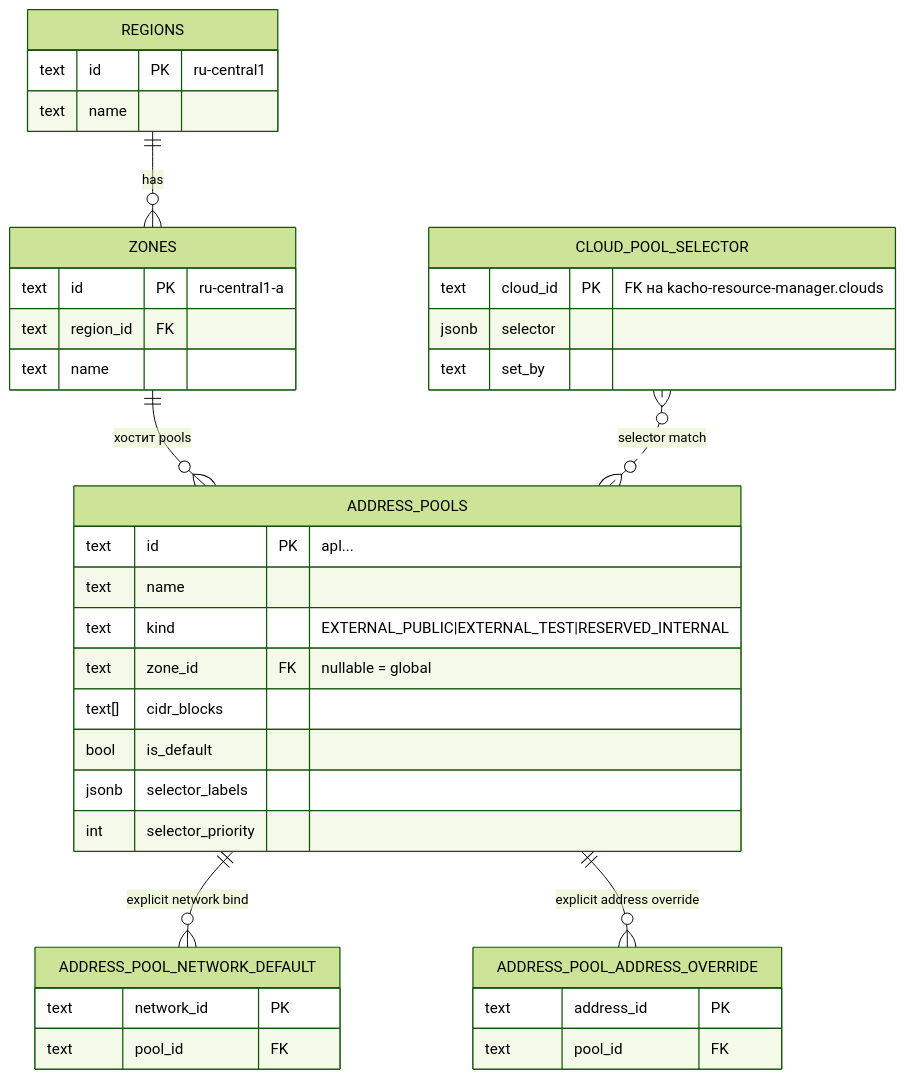
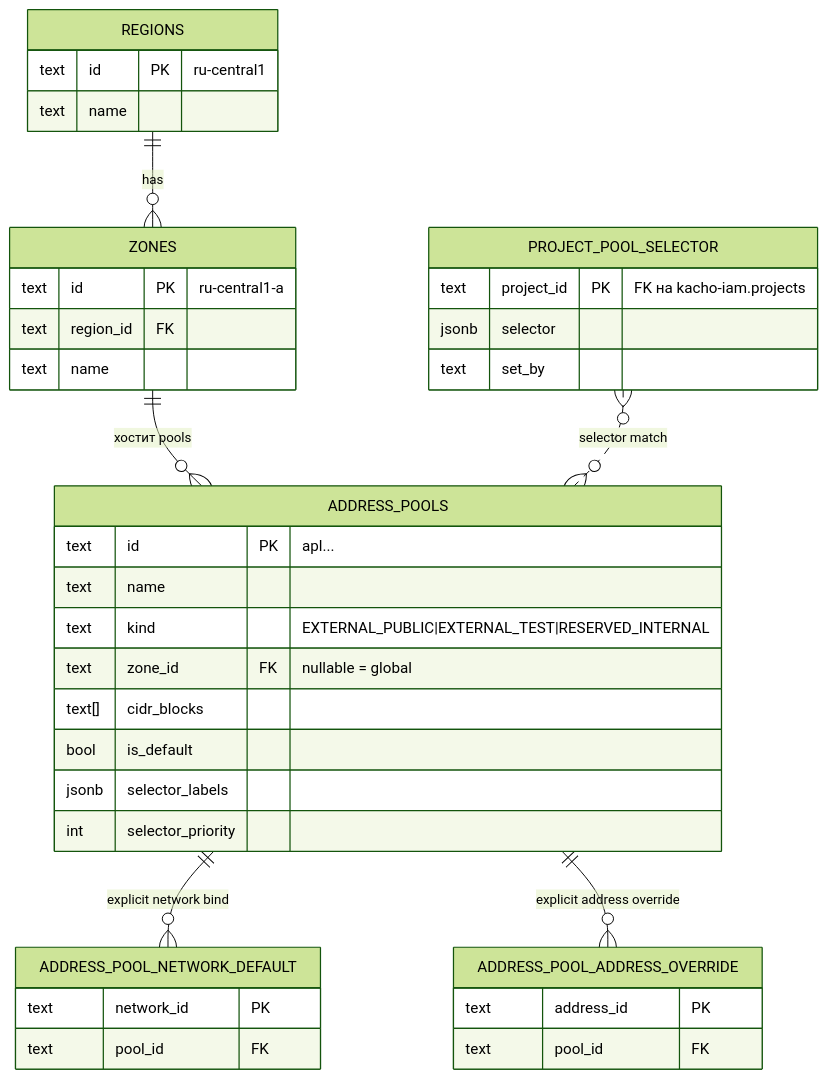
One commit to PRO-Robotech/kacho-workspace changed the first of 2 diagrams in docs/architecture/03-ipam.md. Above: the diagram before and after it, drawn with Mermaid (forest theme). The commit also changed other lines of this file and 16 other files, not shown here.

````diff
--- a/docs/architecture/03-ipam.md
+++ b/docs/architecture/03-ipam.md
@@ -8,41 +10,41 @@
 ```mermaid
 erDiagram
   REGIONS ||--o{ ZONES : has
   ZONES   ||--o{ ADDRESS_POOLS : "хостит pools"
   ADDRESS_POOLS ||--o{ ADDRESS_POOL_NETWORK_DEFAULT : "explicit network bind"
   ADDRESS_POOLS ||--o{ ADDRESS_POOL_ADDRESS_OVERRIDE : "explicit address override"
-  CLOUD_POOL_SELECTOR }o..o{ ADDRESS_POOLS : "selector match"
+  PROJECT_POOL_SELECTOR }o..o{ ADDRESS_POOLS : "selector match"
 
   REGIONS {
     text id PK "ru-central1"
     text name
   }
   ZONES {
     text id PK "ru-central1-a"
     text region_id FK
     text name
   }
   ADDRESS_POOLS {
     text id PK "apl..."
     text name
     text kind "EXTERNAL_PUBLIC|EXTERNAL_TEST|RESERVED_INTERNAL"
     text zone_id FK "nullable = global"
     text[] cidr_blocks
     bool is_default
     jsonb selector_labels
     int selector_priority
   }
-  CLOUD_POOL_SELECTOR {
-    text cloud_id PK "FK на kacho-resource-manager.clouds"
+  PROJECT_POOL_SELECTOR {
+    text project_id PK "FK на kacho-iam.projects"
     jsonb selector
     text set_by
   }
   ADDRESS_POOL_NETWORK_DEFAULT {
     text network_id PK
     text pool_id FK
   }
   ADDRESS_POOL_ADDRESS_OVERRIDE {
     text address_id PK
     text pool_id FK
   }
 ```
````
